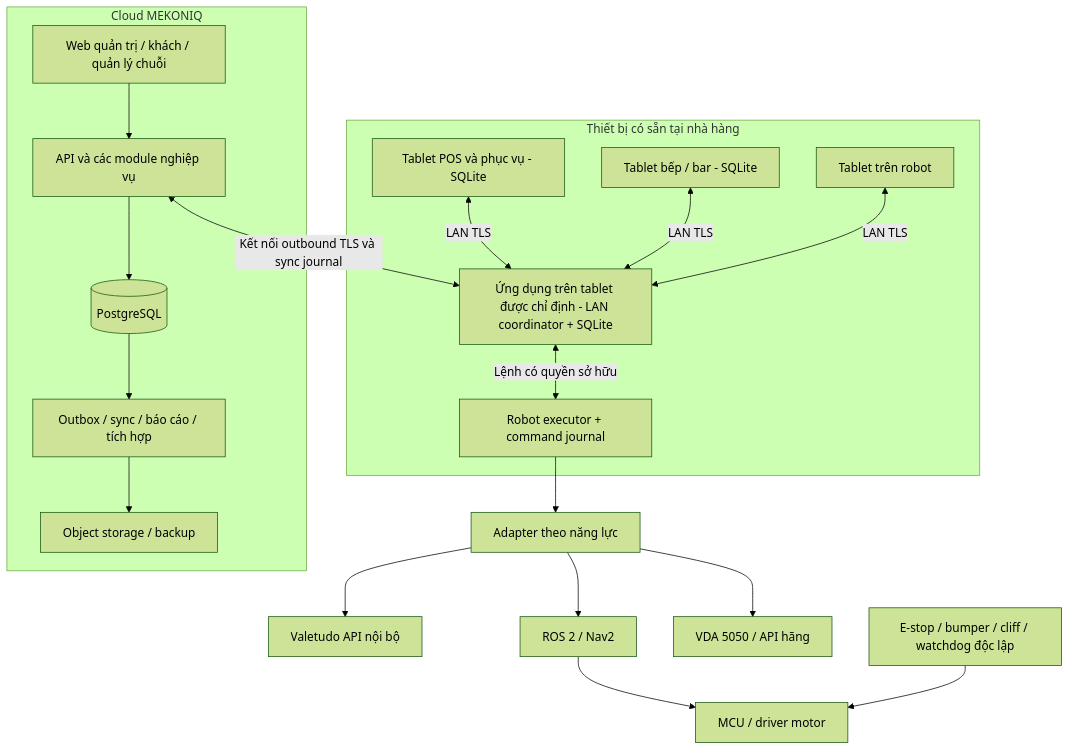
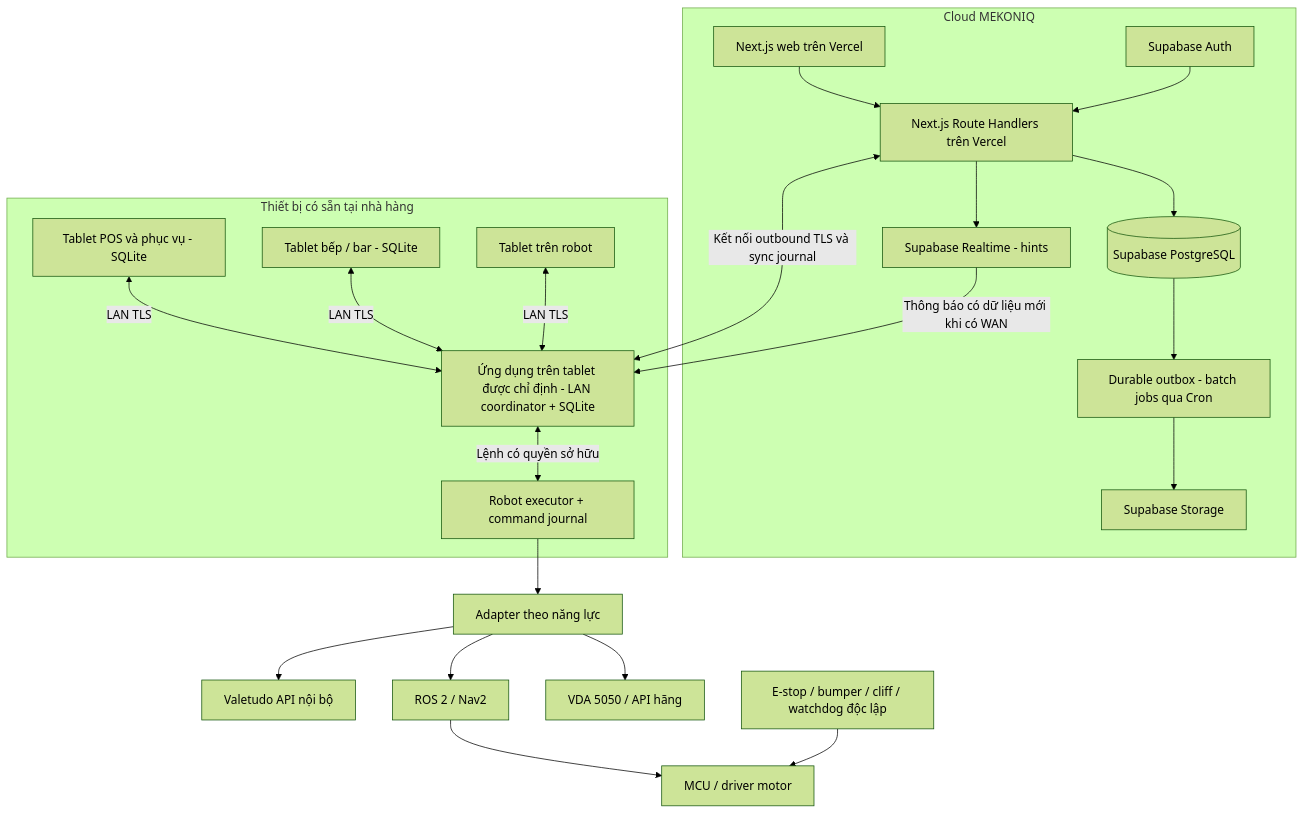
One commit to phamvuhoang/mekoniq changed the diagram in docs/superpowers/specs/2026-10-30-production-platform-design.md. Above: the diagram before and after it, drawn with Mermaid (forest theme). The commit also changed other lines of this file and 19 other files, not shown here.

Commit message:
docs: adopt Next.js Vercel and Supabase Free stack

````diff
--- a/docs/superpowers/specs/2026-10-30-production-platform-design.md
+++ b/docs/superpowers/specs/2026-10-30-production-platform-design.md
@@ -32,32 +34,37 @@
 ```mermaid
 flowchart TB
   subgraph Cloud[Cloud MEKONIQ]
-    Web[Web quản trị / khách / quản lý chuỗi]
-    API[API và các module nghiệp vụ]
-    DB[(PostgreSQL)]
-    Worker[Outbox / sync / báo cáo / tích hợp]
-    Store[Object storage / backup]
+    Web[Next.js web trên Vercel]
+    API[Next.js Route Handlers trên Vercel]
+    DB[(Supabase PostgreSQL)]
+    Auth[Supabase Auth]
+    RT[Supabase Realtime - hints]
+    Worker[Durable outbox - batch jobs qua Cron]
+    Store[Supabase Storage]
     Web --> API
+    Auth --> API
     API --> DB
     DB --> Worker
     Worker --> Store
+    API --> RT
   end
   subgraph Venue[Thiết bị có sẵn tại nhà hàng]
     POS[Tablet POS và phục vụ - SQLite]
     Kitchen[Tablet bếp / bar - SQLite]
     Hub[Ứng dụng trên tablet được chỉ định - LAN coordinator + SQLite]
     Display[Tablet trên robot]
     Executor[Robot executor + command journal]
     POS <-->|LAN TLS| Hub
     Kitchen <-->|LAN TLS| Hub
     Display <-->|LAN TLS| Hub
     Hub <-->|Lệnh có quyền sở hữu| Executor
   end
   API <-->|Kết nối outbound TLS và sync journal| Hub
+  RT -->|Thông báo có dữ liệu mới khi có WAN| Hub
   Executor --> Adapter[Adapter theo năng lực]
   Adapter --> Valetudo[Valetudo API nội bộ]
   Adapter --> ROS[ROS 2 / Nav2]
   Adapter --> Vendor[VDA 5050 / API hãng]
   ROS --> MCU[MCU / driver motor]
   Safety[E-stop / bumper / cliff / watchdog độc lập] --> MCU
 ```
````
